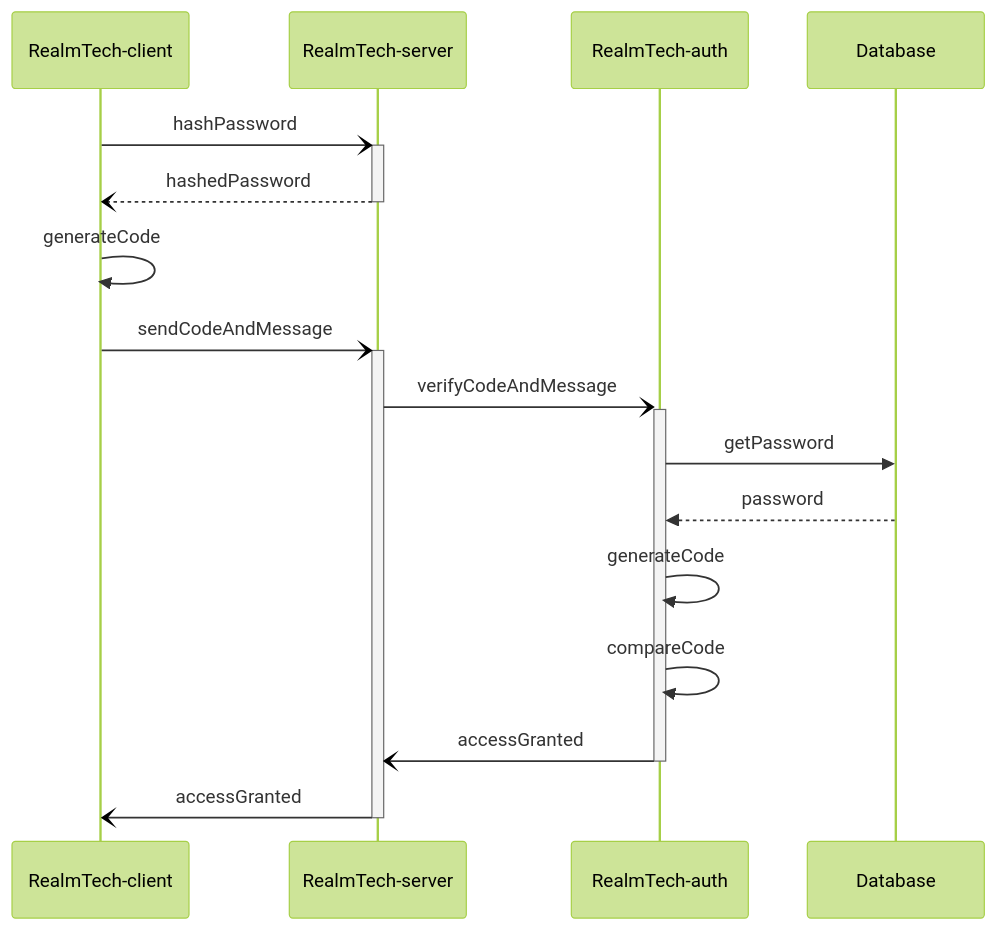
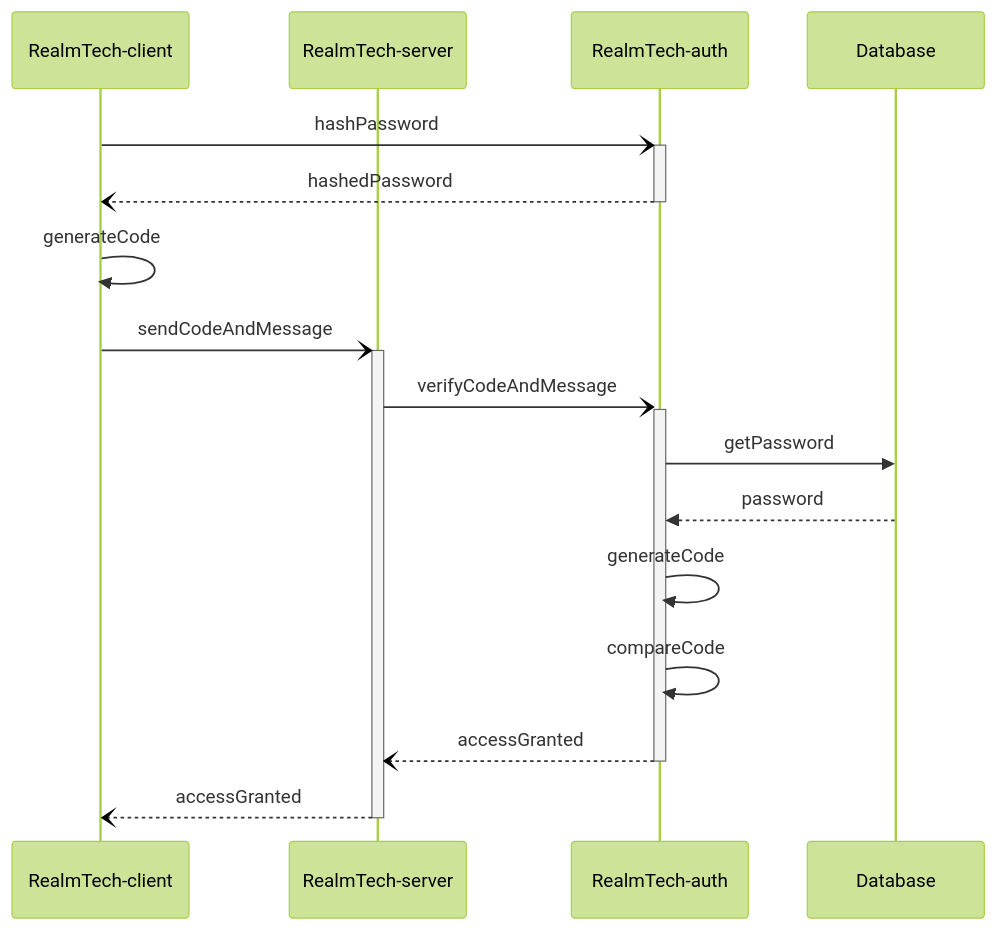
The first of 2 diagrams in readme.md (FabienChatton/RealmTech-auth), drawn with Mermaid (forest theme) before and after one commit. The commit also changed other lines of this file, not shown here.

````diff
--- a/readme.md
+++ b/readme.md
@@ -63,19 +29,19 @@
 ```mermaid
 sequenceDiagram
     participant RealmTech-client
     participant RealmTech-server
     participant RealmTech-auth
     participant Database
 
-    RealmTech-client -)+ RealmTech-server: hashPassword
-    RealmTech-server --)- RealmTech-client: hashedPassword
+    RealmTech-client -)+ RealmTech-auth: hashPassword
+    RealmTech-auth --)- RealmTech-client: hashedPassword
     RealmTech-client ->> RealmTech-client: generateCode
     RealmTech-client -)+ RealmTech-server: sendCodeAndMessage
     RealmTech-server -)+ RealmTech-auth: verifyCodeAndMessage
     RealmTech-auth ->> Database: getPassword
     Database -->> RealmTech-auth: password
     RealmTech-auth ->> RealmTech-auth: generateCode
     RealmTech-auth ->> RealmTech-auth: compareCode
-    RealmTech-auth -)- RealmTech-server: accessGranted
-    RealmTech-server -)- RealmTech-client: accessGranted
+    RealmTech-auth --)- RealmTech-server: accessGranted
+    RealmTech-server --)- RealmTech-client: accessGranted
 ```
````
